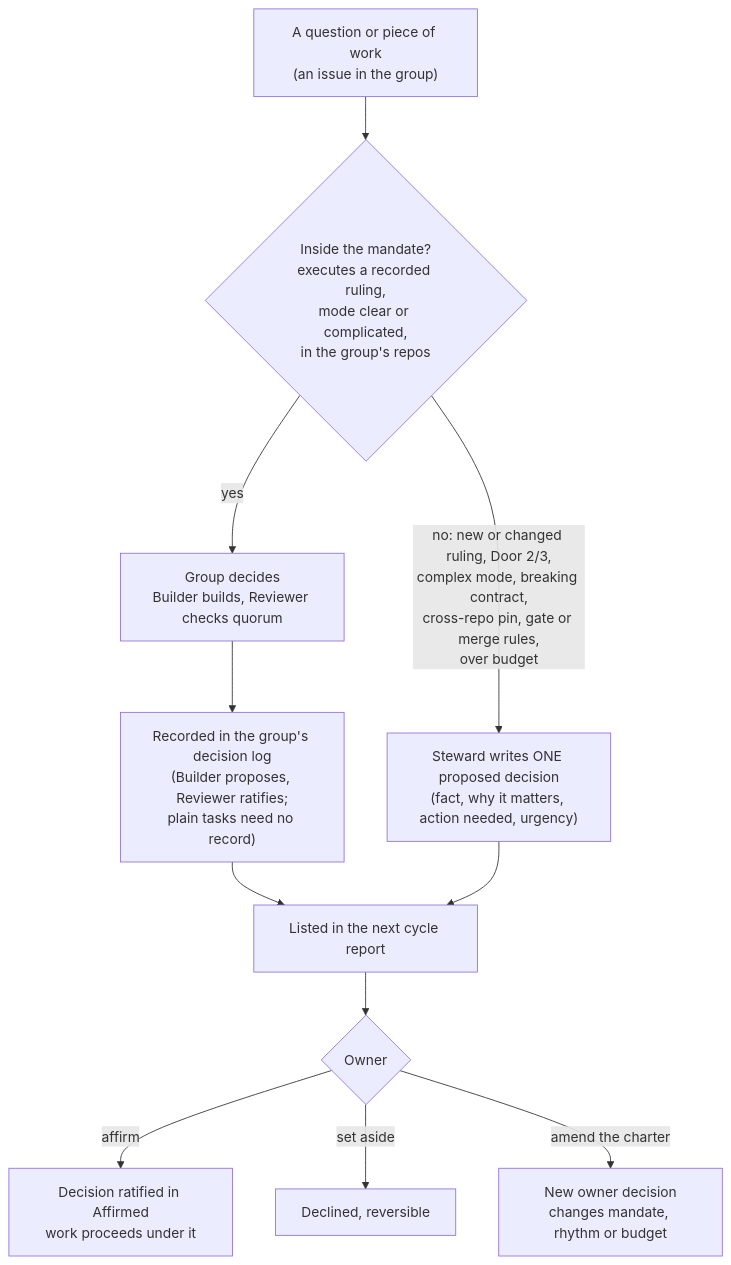
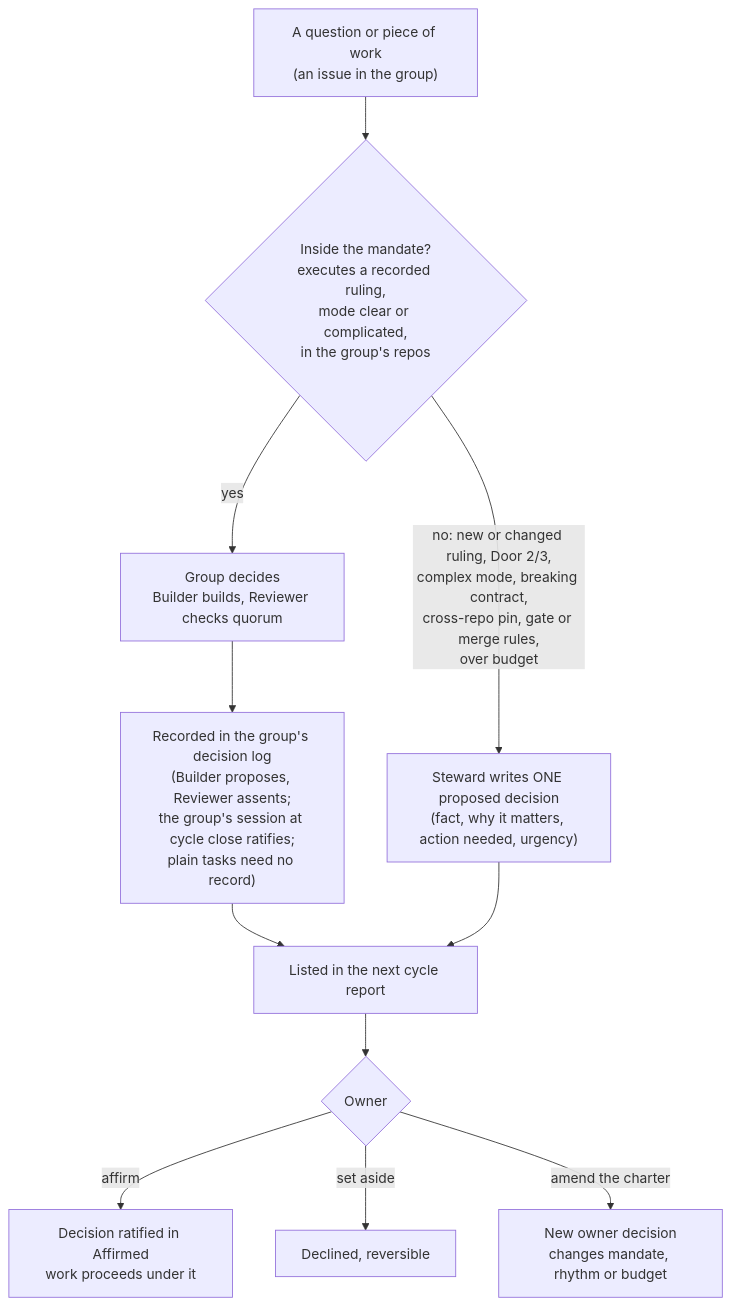
The second of 7 diagrams in routines/working-groups.md (the-greenman/clerk), drawn with Mermaid before and after one commit. The commit also changed 79 other files, not shown here.

First line of the commit message:
Handbook as an SRS repository, rendered; narrative with diagrams; weekly handbook watcher (clerk#50)

````diff
--- a/routines/working-groups.md
+++ b/routines/working-groups.md
@@ -48,13 +48,13 @@
 ```mermaid
 flowchart TD
   Q["A question or piece of work<br/>(an issue in the group)"] --> M{"Inside the mandate?<br/>executes a recorded ruling,<br/>mode clear or complicated,<br/>in the group's repos"}
   M -->|yes| G["Group decides<br/>Builder builds, Reviewer checks quorum"]
-  G --> L["Recorded in the group's decision log<br/>(Builder proposes, Reviewer ratifies;<br/>plain tasks need no record)"]
+  G --> L["Recorded in the group's decision log<br/>(Builder proposes, Reviewer assents;<br/>the group's session at cycle close ratifies;<br/>plain tasks need no record)"]
   L --> RP["Listed in the next cycle report"]
   M -->|no: new or changed ruling, Door 2/3,<br/>complex mode, breaking contract,<br/>cross-repo pin, gate or merge rules,<br/>over budget| X["Steward writes ONE proposed decision<br/>(fact, why it matters, action needed, urgency)"]
   X --> RP
   RP --> O{"Owner"}
   O -->|affirm| A["Decision ratified in Affirmed<br/>work proceeds under it"]
   O -->|set aside| SA["Declined, reversible"]
   O -->|amend the charter| CH["New owner decision<br/>changes mandate, rhythm or budget"]
 ```
````
